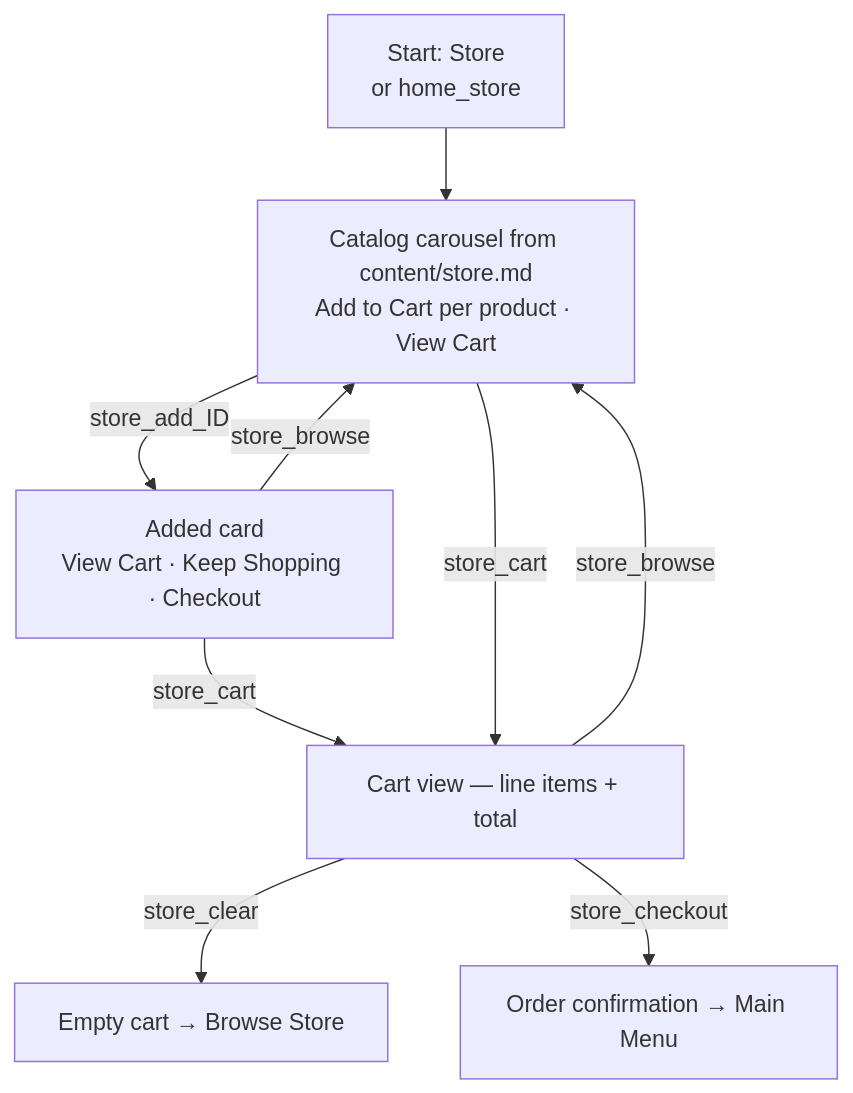
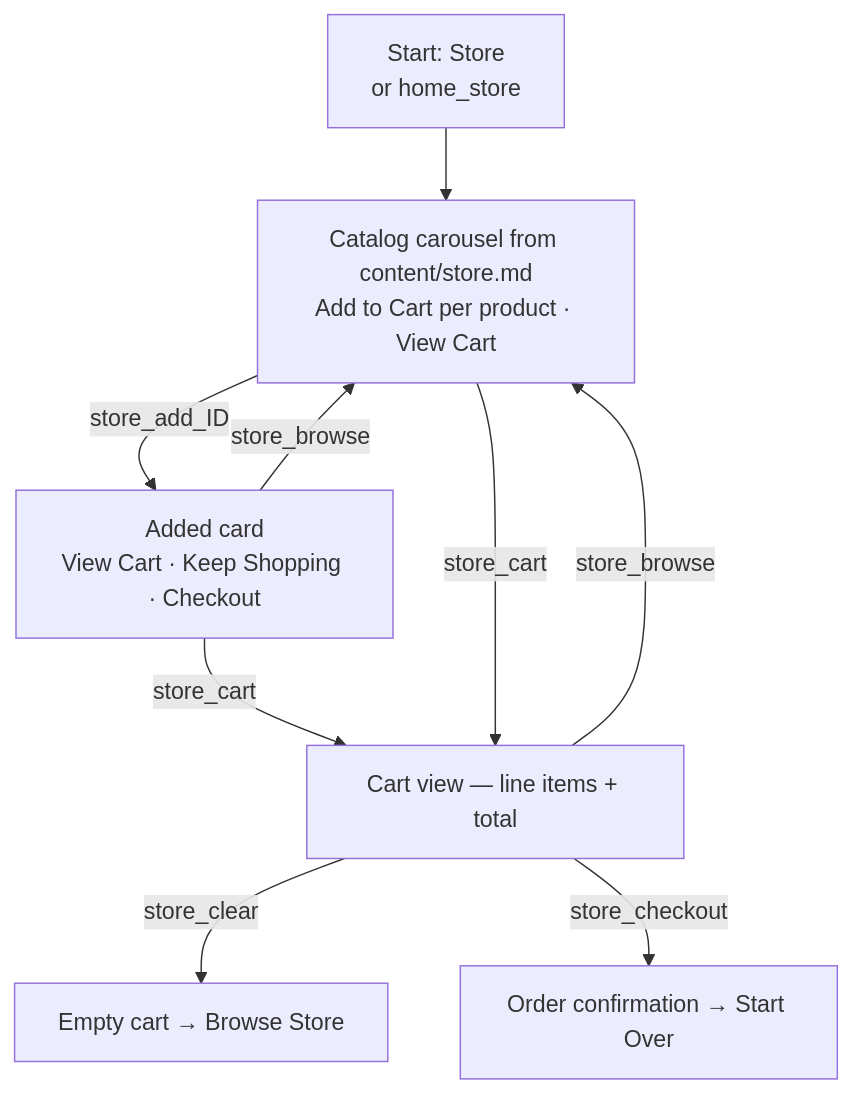
Before and after one commit to aws-samples/sample-rcs-messaging-demo-app: the sixth of 16 diagrams in docs/architecture.md, drawn with Mermaid. The commit also changed other lines of this file and 156 other files, not shown here.

````diff
--- a/docs/architecture.md
+++ b/docs/architecture.md
@@ -1016,11 +1261,11 @@
 ```mermaid
 flowchart TD
   T["Start: Store<br/>or home_store"] --> C[Catalog carousel from content/store.md<br/>Add to Cart per product · View Cart]
   C -->|store_add_ID| A[Added card<br/>View Cart · Keep Shopping · Checkout]
   A -->|store_browse| C
   A -->|store_cart| V[Cart view — line items + total]
   C -->|store_cart| V
   V -->|store_browse| C
   V -->|store_clear| E[Empty cart → Browse Store]
-  V -->|store_checkout| O[Order confirmation → Main Menu]
+  V -->|store_checkout| O[Order confirmation → Start Over]
 ```
````
